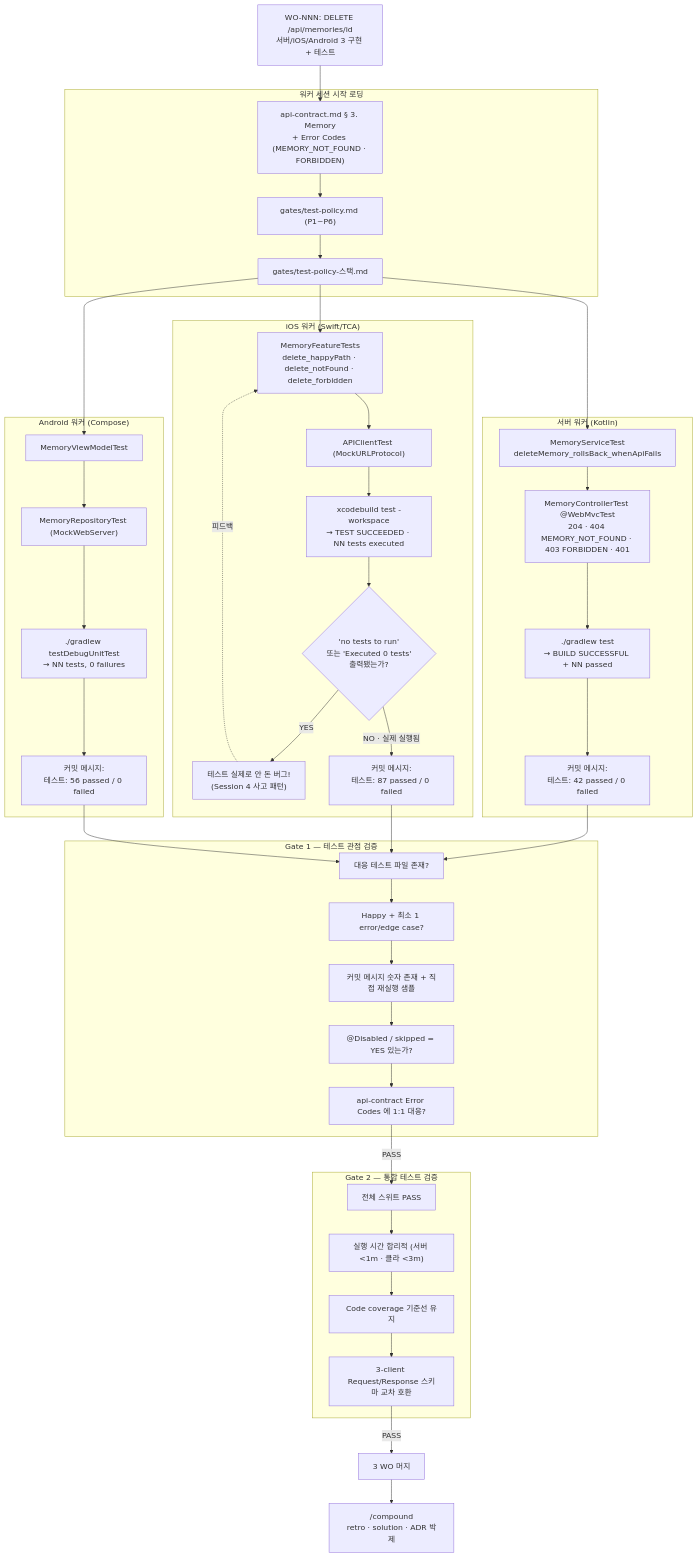
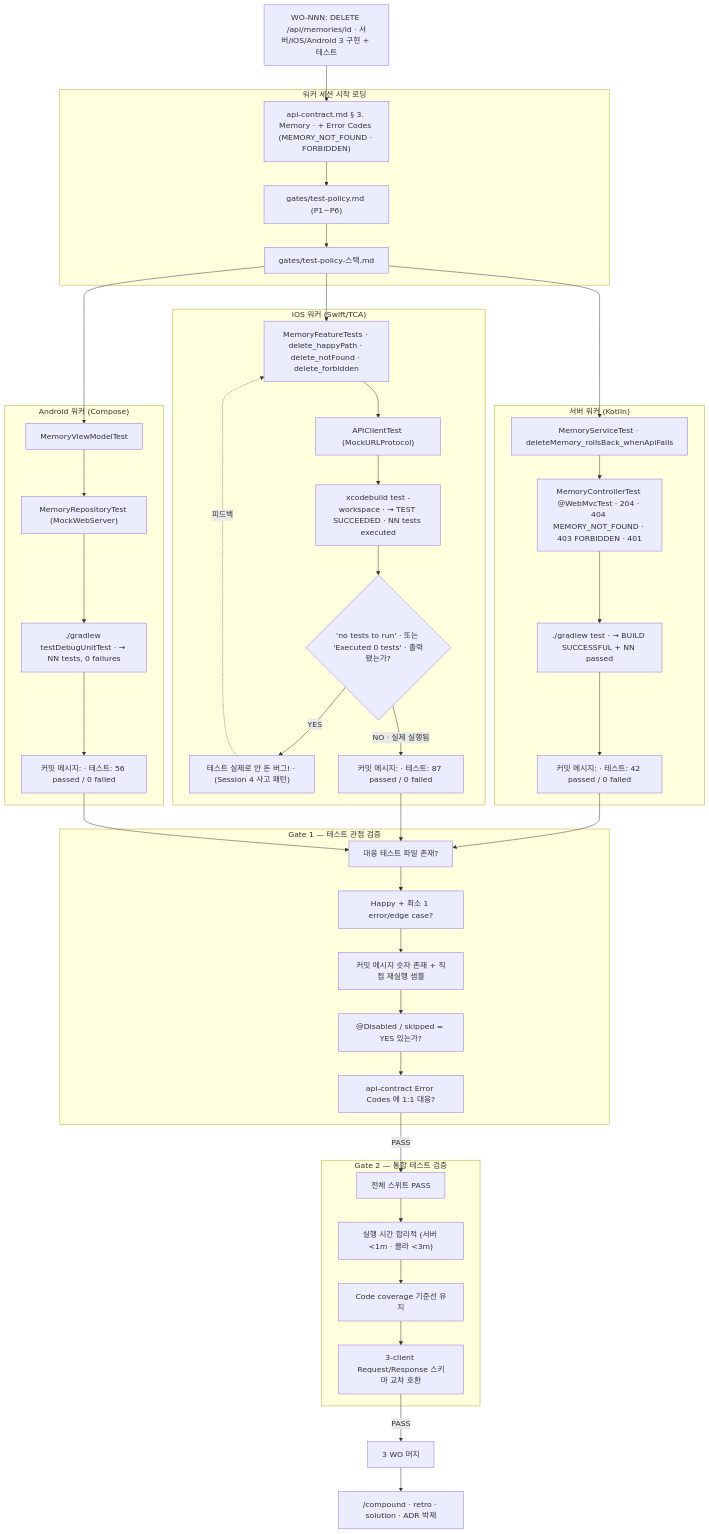
Before and after one commit to Mino777/ai-study: the diagram in content/evaluation/test-strategy-3-client-via-aidy.mdx, drawn with Mermaid. The commit also changed 16 other files, not shown here.

First line of the commit message:
fix: Mermaid <br/> 렌더링 에러 근본 해결 — auto-fix 승격 + 전체 MDX 일괄 치환

````diff
--- a/content/evaluation/test-strategy-3-client-via-aidy.mdx
+++ b/content/evaluation/test-strategy-3-client-via-aidy.mdx
@@ -128,9 +128,9 @@
 ```mermaid
 flowchart TD
-    WO["WO-NNN: DELETE /api/memories/id<br/>서버/iOS/Android 3 구현 + 테스트"]
+    WO["WO-NNN: DELETE /api/memories/id · 서버/iOS/Android 3 구현 + 테스트"]
 
     subgraph Preload ["워커 세션 시작 로딩"]
-      PL1["api-contract.md § 3. Memory<br/>+ Error Codes (MEMORY_NOT_FOUND · FORBIDDEN)"]
+      PL1["api-contract.md § 3. Memory · + Error Codes (MEMORY_NOT_FOUND · FORBIDDEN)"]
       PL2["gates/test-policy.md (P1~P6)"]
       PL3["gates/test-policy-스택.md"]
     end
@@ -140,10 +140,10 @@
     PL2 --> PL3
 
     subgraph Server ["서버 워커 (Kotlin)"]
-      S_Unit["MemoryServiceTest<br/>deleteMemory_rollsBack_whenApiFails"]
-      S_Ctrl["MemoryControllerTest @WebMvcTest<br/>204 · 404 MEMORY_NOT_FOUND · 403 FORBIDDEN · 401"]
-      S_Run["./gradlew test<br/>→ BUILD SUCCESSFUL + NN passed"]
-      S_Evidence["커밋 메시지:<br/>테스트: 42 passed / 0 failed"]
+      S_Unit["MemoryServiceTest · deleteMemory_rollsBack_whenApiFails"]
+      S_Ctrl["MemoryControllerTest @WebMvcTest · 204 · 404 MEMORY_NOT_FOUND · 403 FORBIDDEN · 401"]
+      S_Run["./gradlew test · → BUILD SUCCESSFUL + NN passed"]
+      S_Evidence["커밋 메시지: · 테스트: 42 passed / 0 failed"]
     end
 
     PL3 --> S_Unit
@@ -152,12 +152,12 @@
     S_Run --> S_Evidence
 
     subgraph iOS ["iOS 워커 (Swift/TCA)"]
-      I_Feat["MemoryFeatureTests<br/>delete_happyPath · delete_notFound · delete_forbidden"]
+      I_Feat["MemoryFeatureTests · delete_happyPath · delete_notFound · delete_forbidden"]
       I_Api["APIClientTest (MockURLProtocol)"]
-      I_Run["xcodebuild test -workspace<br/>→ TEST SUCCEEDED · NN tests executed"]
-      I_Check{"'no tests to run'<br/>또는 'Executed 0 tests'<br/>출력됐는가?"}
-      I_Fail["테스트 실제로 안 돈 버그!<br/>(Session 4 사고 패턴)"]
-      I_Evidence["커밋 메시지:<br/>테스트: 87 passed / 0 failed"]
+      I_Run["xcodebuild test -workspace · → TEST SUCCEEDED · NN tests executed"]
+      I_Check{"'no tests to run' · 또는 'Executed 0 tests' · 출력됐는가?"}
+      I_Fail["테스트 실제로 안 돈 버그! · (Session 4 사고 패턴)"]
+      I_Evidence["커밋 메시지: · 테스트: 87 passed / 0 failed"]
     end
 
     PL3 --> I_Feat
@@ -170,8 +170,8 @@
     subgraph Android ["Android 워커 (Compose)"]
       A_Vm["MemoryViewModelTest"]
       A_Repo["MemoryRepositoryTest (MockWebServer)"]
-      A_Run["./gradlew testDebugUnitTest<br/>→ NN tests, 0 failures"]
-      A_Evidence["커밋 메시지:<br/>테스트: 56 passed / 0 failed"]
+      A_Run["./gradlew testDebugUnitTest · → NN tests, 0 failures"]
+      A_Evidence["커밋 메시지: · 테스트: 56 passed / 0 failed"]
     end
 
     PL3 --> A_Vm
@@ -208,7 +208,7 @@
     G2_Coverage --> G2_Cross
 
     G2_Cross -->|PASS| Merge["3 WO 머지"]
-    Merge --> Compound["/compound<br/>retro · solution · ADR 박제"]
+    Merge --> Compound["/compound · retro · solution · ADR 박제"]
 
     I_Fail -.피드백.-> I_Feat
 ```
````
